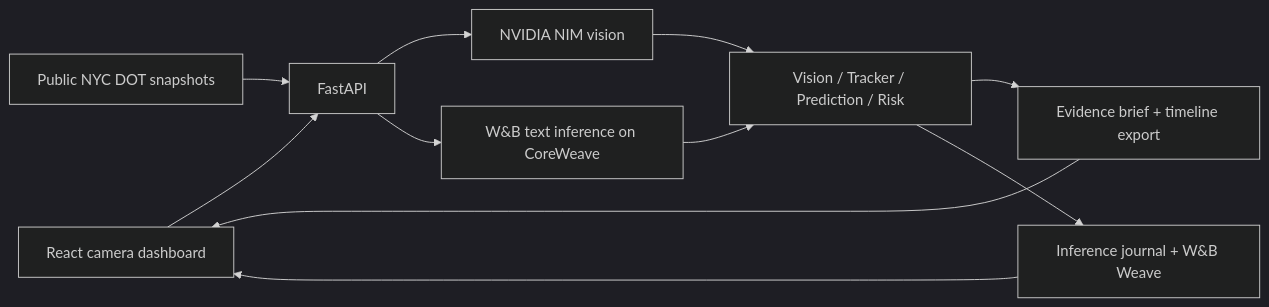
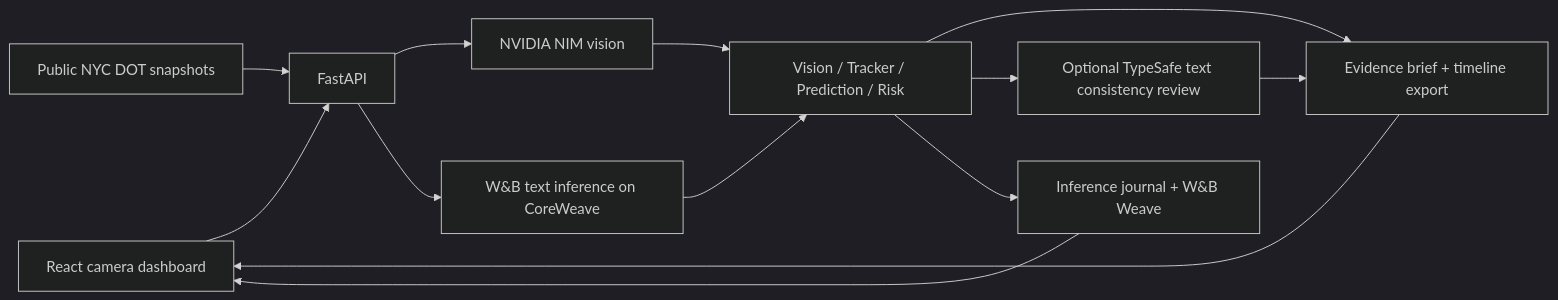
One commit to Subhradeep246/watcher changed the diagram in README.md. Above: the diagram before and after it, drawn with Mermaid (dark theme). The commit also changed other lines of this file and 15 other files, not shown here.

Commit message:
Add optional TypeSafe description review and Codex skill

````diff
--- a/README.md
+++ b/README.md
@@ -60,13 +60,15 @@
 ```mermaid
 flowchart LR
     UI[React camera dashboard] --> API[FastAPI]
     DOT[Public NYC DOT snapshots] --> API
     API --> NIM[NVIDIA NIM vision]
     API --> WB[W&B text inference on CoreWeave]
     NIM --> Agents[Vision / Tracker / Prediction / Risk]
     WB --> Agents
     Agents --> Brief[Evidence brief + timeline export]
+    Agents --> TS[Optional TypeSafe text consistency review]
+    TS --> Brief
     Agents --> Journal[Inference journal + W&B Weave]
     Brief --> UI
     Journal --> UI
 ```
````
